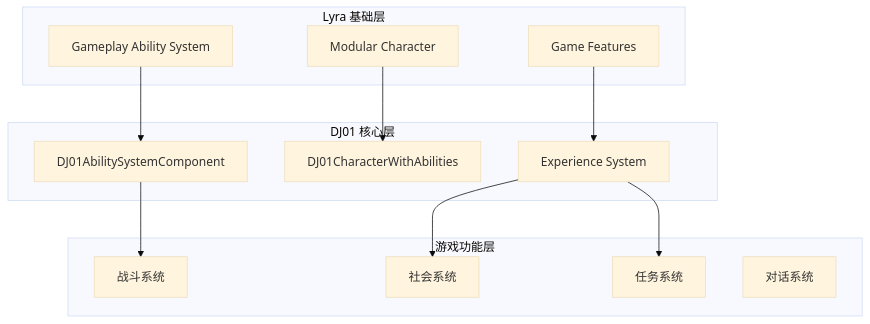
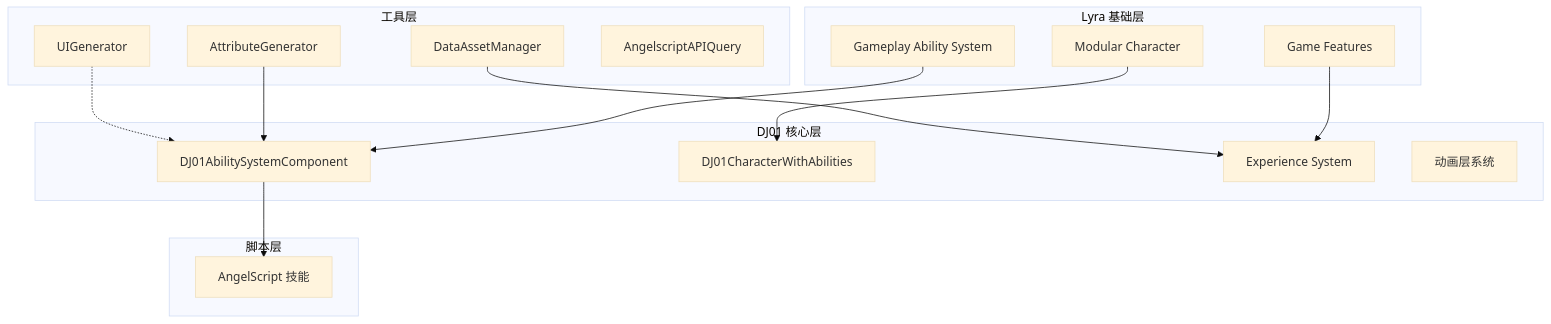
The first of 3 diagrams in docs/ROADMAP.md (hinagigu/DJ01), drawn with Mermaid (base theme) before and after one commit. The commit also changed other lines of this file and 685 other files, not shown here.

````diff
--- a/docs/ROADMAP.md
+++ b/docs/ROADMAP.md
@@ -66,28 +59,34 @@
 ```mermaid
 graph TB
     subgraph "Lyra 基础层"
         GAS[Gameplay Ability System]
         GF[Game Features]
         MC[Modular Character]
     end
     
     subgraph "DJ01 核心层"
         ASC[DJ01AbilitySystemComponent]
         CHAR[DJ01CharacterWithAbilities]
         EXP[Experience System]
+        ANIM[动画层系统]
     end
     
-    subgraph "游戏功能层"
-        COMBAT[战斗系统]
-        SOCIAL[社会系统]
-        QUEST[任务系统]
-        DIALOG[对话系统]
+    subgraph "工具层"
+        ATTR[AttributeGenerator]
+        DATA[DataAssetManager]
+        UIGEN[UIGenerator]
+        ASAPI[AngelscriptAPIQuery]
+    end
+    
+    subgraph "脚本层"
+        AS[AngelScript 技能]
     end
     
     GAS --> ASC
     MC --> CHAR
     GF --> EXP
-    ASC --> COMBAT
-    EXP --> SOCIAL
-    EXP --> QUEST
+    ASC --> AS
+    ATTR --> ASC
+    DATA --> EXP
+    UIGEN -.-> ASC
 ```
````
